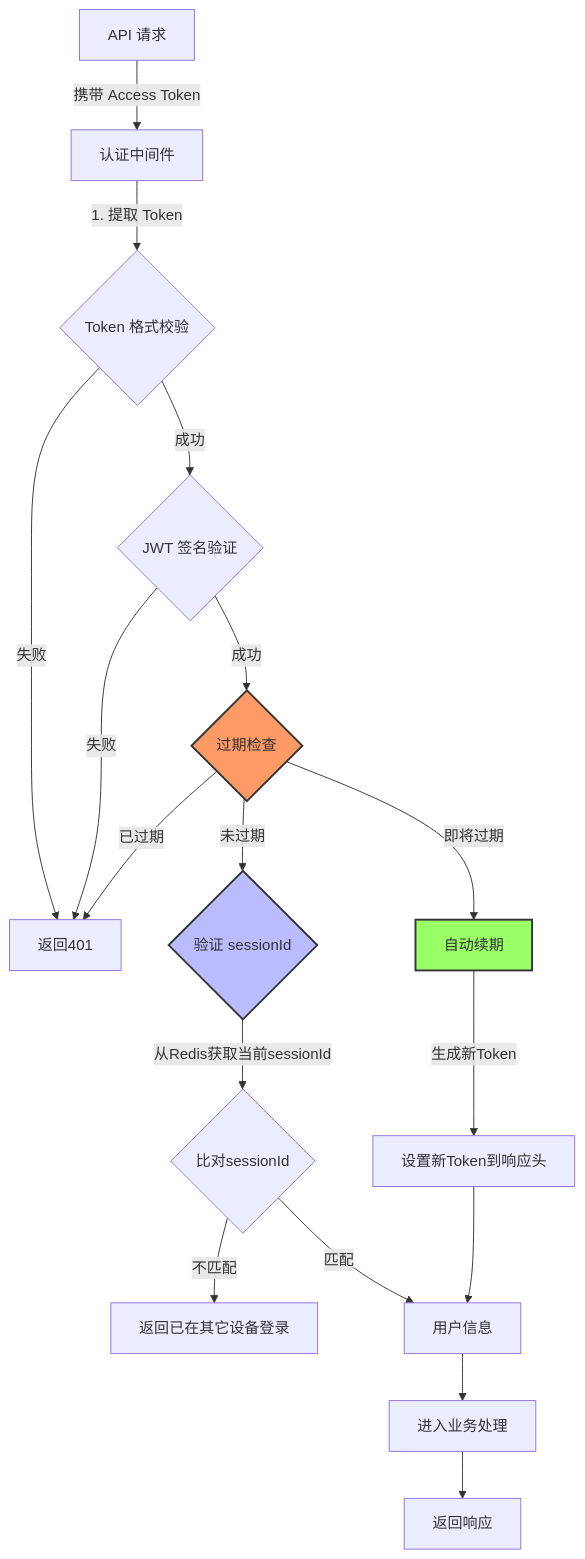
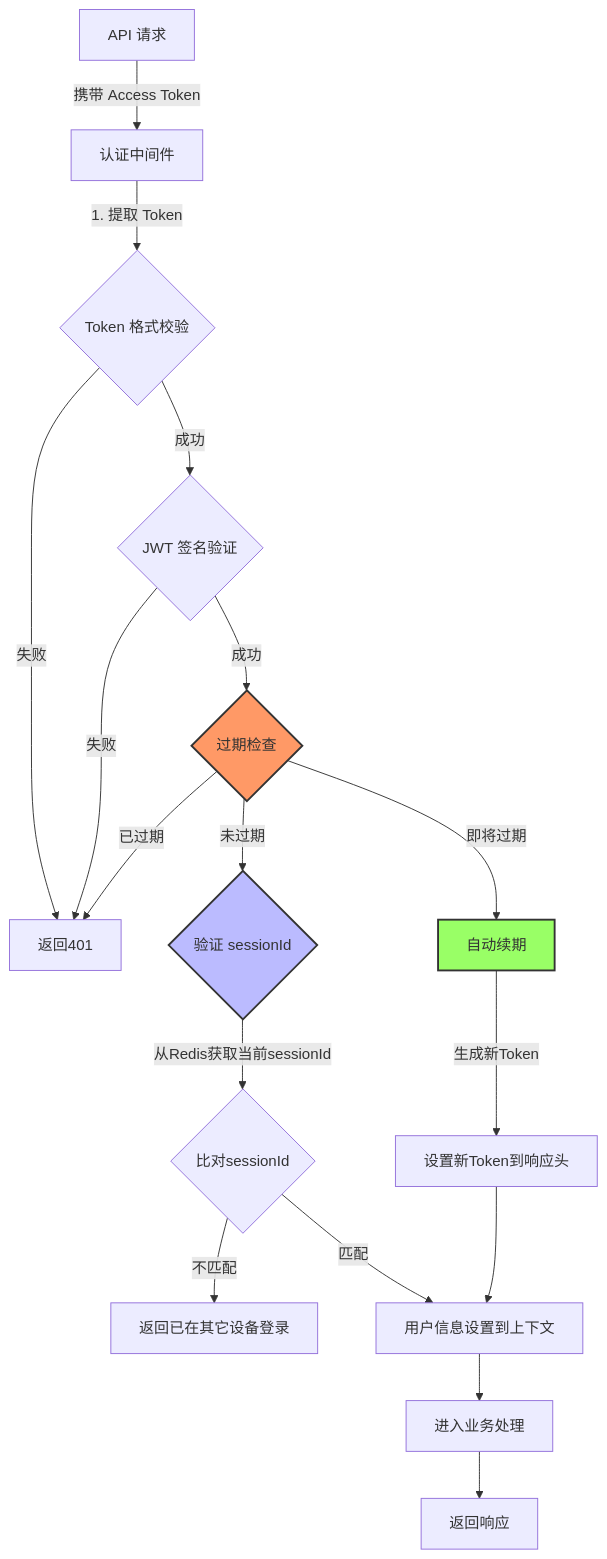
Before and after one commit to yingjianzh/iodraw-files: the diagram in all/未命名-13.md, drawn with Mermaid.

Commit message:
2025-01-02 16:10:43 update

````diff
--- a/all/未命名-13.md
+++ b/all/未命名-13.md
@@ -1,29 +1,29 @@
 ```mermaid
 
 flowchart TD
     
     A[API 请求] -->|携带 Access Token| B[认证中间件]
     B -->|1. 提取 Token| C{Token 格式校验}
     C -->|失败| D[返回401]
     C -->|成功| E{JWT 签名验证}
     E -->|失败| D
     E -->|成功| F{过期检查}
     
     F -->|已过期| D
     F -->|即将过期| G[自动续期]
     F -->|未过期| H{验证 sessionId}
     
     H -->|从Redis获取当前sessionId| I{比对sessionId}
     I -->|不匹配| J[返回已在其它设备登录]
-    I -->|匹配| K[用户信息]
+    I -->|匹配| K[用户信息设置到上下文]
     K --> L[进入业务处理]
     L --> N[返回响应]
     
     G -->|生成新Token| M[设置新Token到响应头]
     M --> K
 
     style F fill:#f96,stroke:#333,stroke-width:2px
     style H fill:#bbf,stroke:#333,stroke-width:2px
     style G fill:#9f6,stroke:#333,stroke-width:2px
 
 ```
````
